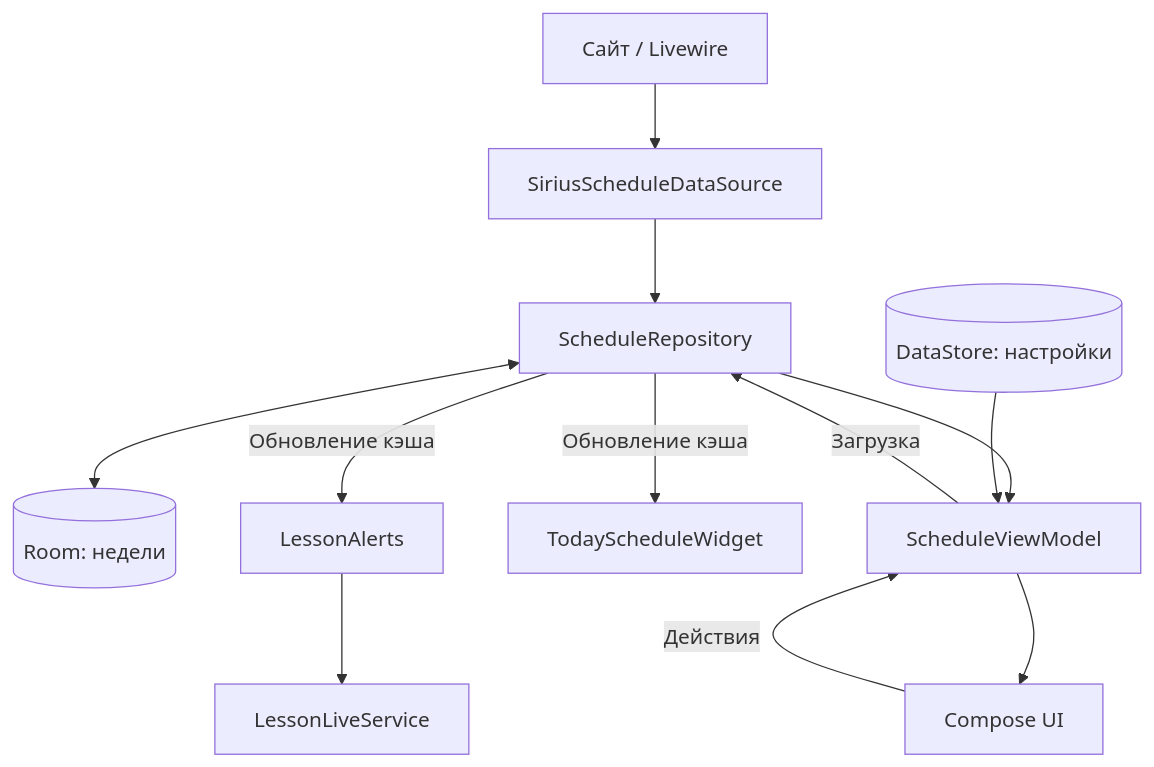
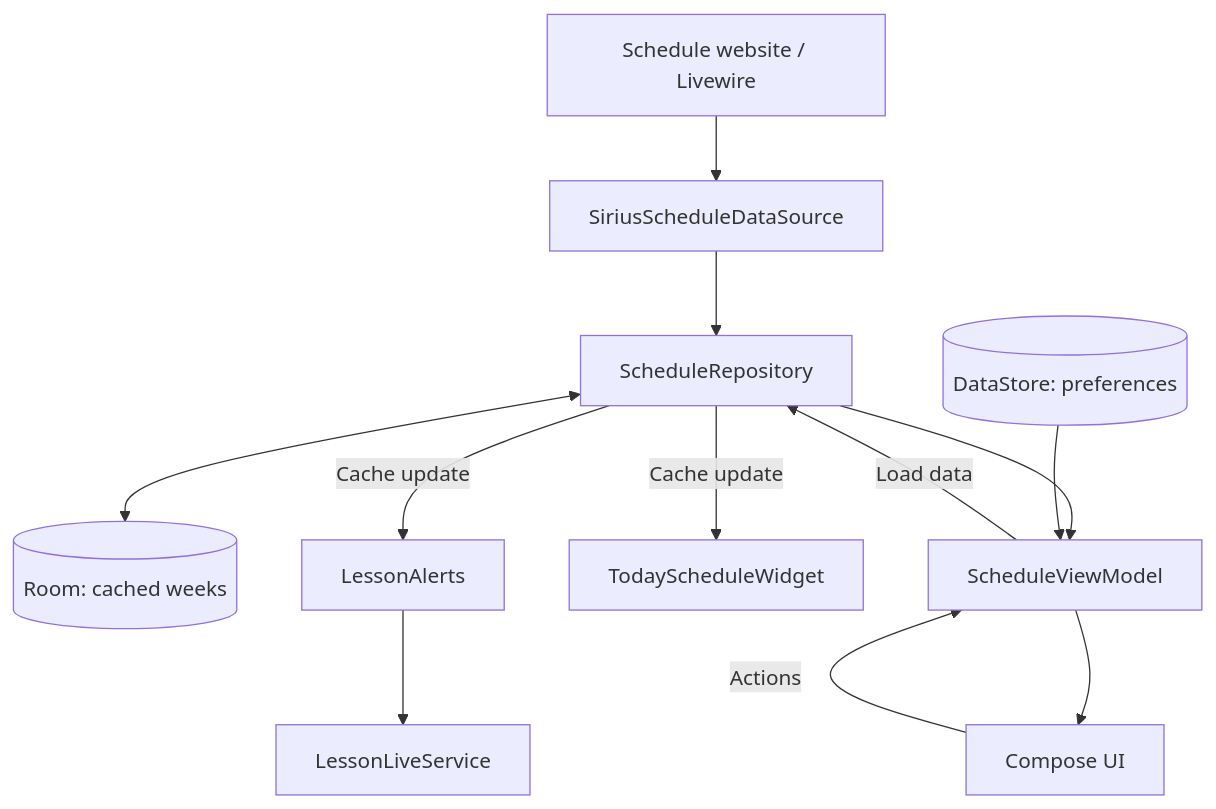
The diagram in docs/ARCHITECTURE.md (neckmnull/Lecturial-2), drawn with Mermaid before and after one commit. The commit also changed other lines of this file and 8 other files, not shown here.

````diff
--- a/docs/ARCHITECTURE.md
+++ b/docs/ARCHITECTURE.md
@@ -7,14 +7,14 @@
 ```mermaid
 flowchart TD
-    Site[Сайт / Livewire] --> Network[SiriusScheduleDataSource]
+    Site[Schedule website / Livewire] --> Network[SiriusScheduleDataSource]
     Network --> Repository[ScheduleRepository]
-    Repository <--> Room[(Room: недели)]
+    Repository <--> Room[(Room: cached weeks)]
     Repository --> VM[ScheduleViewModel]
-    Preferences[(DataStore: настройки)] --> VM
+    Preferences[(DataStore: preferences)] --> VM
     VM --> UI[Compose UI]
-    UI -->|Действия| VM
-    VM -->|Загрузка| Repository
-    Repository -->|Обновление кэша| Widget[TodayScheduleWidget]
-    Repository -->|Обновление кэша| Alerts[LessonAlerts]
+    UI -->|Actions| VM
+    VM -->|Load data| Repository
+    Repository -->|Cache update| Widget[TodayScheduleWidget]
+    Repository -->|Cache update| Alerts[LessonAlerts]
     Alerts --> Service[LessonLiveService]
 ```
````
